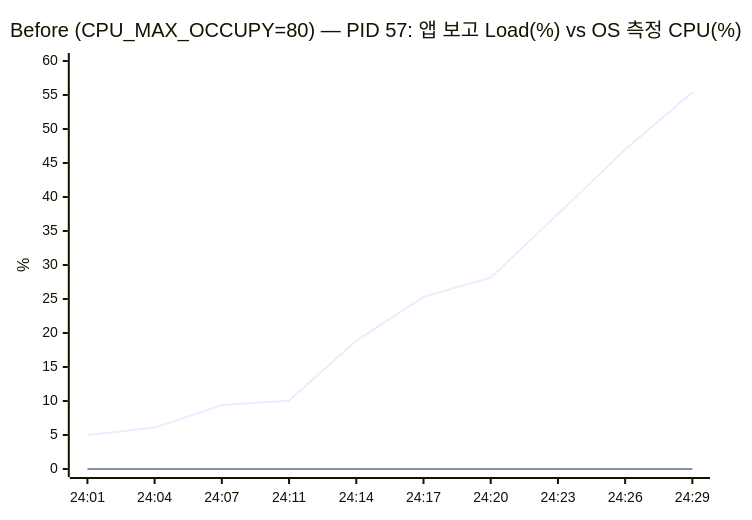
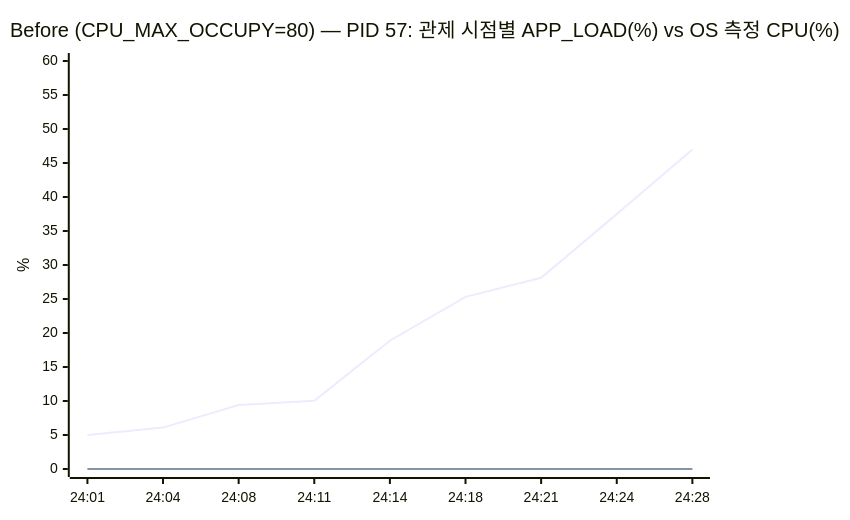
Before and after one commit to zxcv718/b4-2: the first of 2 diagrams in issues/02-cpu-spike.md, drawn with Mermaid. The commit also changed other lines of this file and 6 other files, not shown here.

````diff
--- a/issues/02-cpu-spike.md
+++ b/issues/02-cpu-spike.md
@@ -35,8 +35,8 @@
 ```mermaid
 xychart-beta
-  title "Before (CPU_MAX_OCCUPY=80) — PID 57: 앱 보고 Load(%) vs OS 측정 CPU(%)"
-  x-axis ["24:01","24:04","24:07","24:11","24:14","24:17","24:20","24:23","24:26","24:29"]
+  title "Before (CPU_MAX_OCCUPY=80) — PID 57: 관제 시점별 APP_LOAD(%) vs OS 측정 CPU(%)"
+  x-axis ["24:01","24:04","24:08","24:11","24:14","24:18","24:21","24:24","24:28"]
   y-axis "%" 0 --> 60
-  line [5.00,6.09,9.42,10.05,18.86,25.31,28.13,37.48,46.99,55.39]
-  line [0,0,0,0,0,0,0,0,0,0]
+  line [5.00,6.09,9.42,10.05,18.86,25.31,28.13,37.48,46.99]
+  line [0,0,0,0,0,0,0,0,0]
 ```
````
